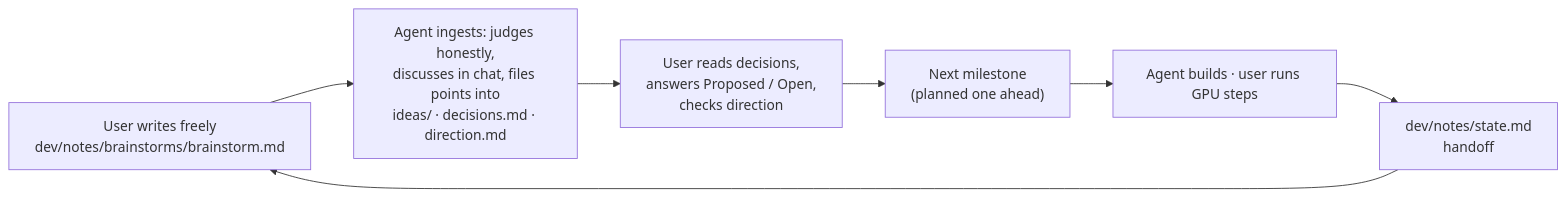
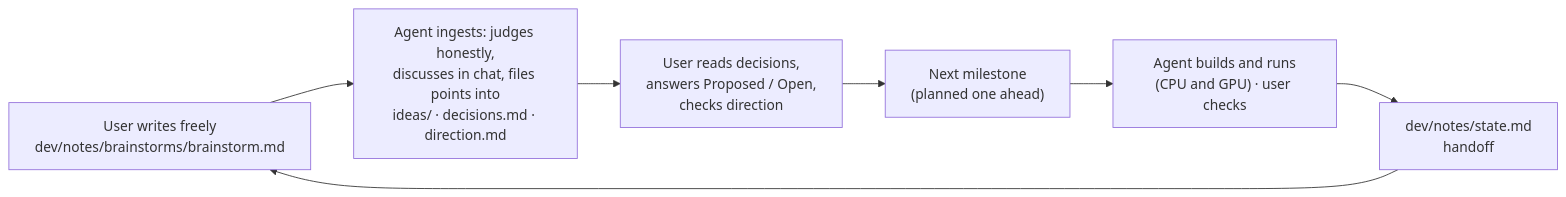
Before and after one commit to cupcakes04/Rin: the first of 2 diagrams in CLAUDE.md, drawn with Mermaid. The commit also changed other lines of this file and 38 other files, not shown here.

````diff
--- a/CLAUDE.md
+++ b/CLAUDE.md
@@ -12,9 +12,9 @@
 ```mermaid
 flowchart LR
     B["User writes freely<br/>dev/notes/brainstorms/brainstorm.md"] --> I["Agent ingests: judges honestly,<br/>discusses in chat, files points into<br/>ideas/ · decisions.md · direction.md"]
     I --> A["User reads decisions,<br/>answers Proposed / Open,<br/>checks direction"]
     A --> M["Next milestone<br/>(planned one ahead)"]
-    M --> X["Agent builds · user runs GPU steps"]
+    M --> X["Agent builds and runs<br/>(CPU and GPU) · user checks"]
     X --> S["dev/notes/state.md<br/>handoff"]
     S --> B
 ```
````
